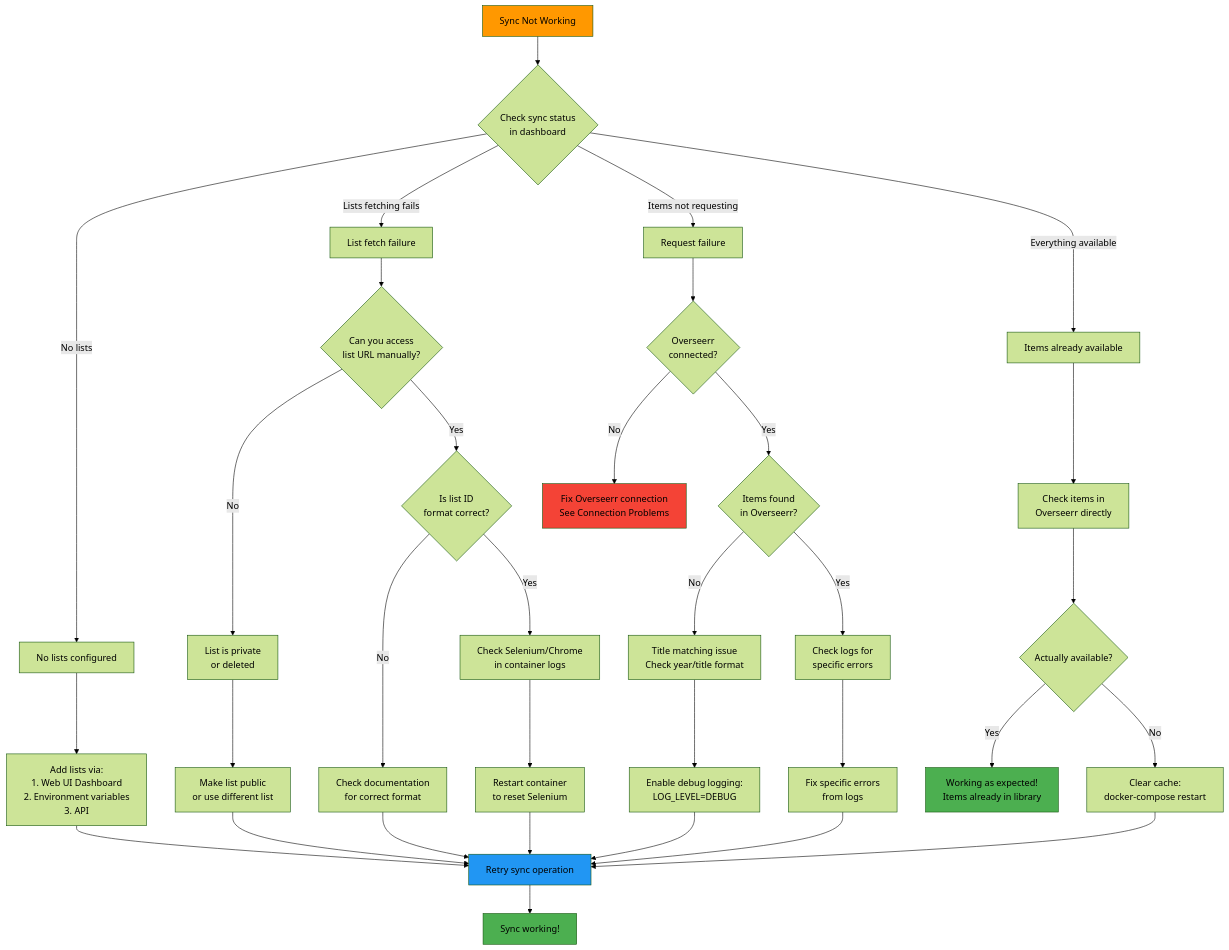
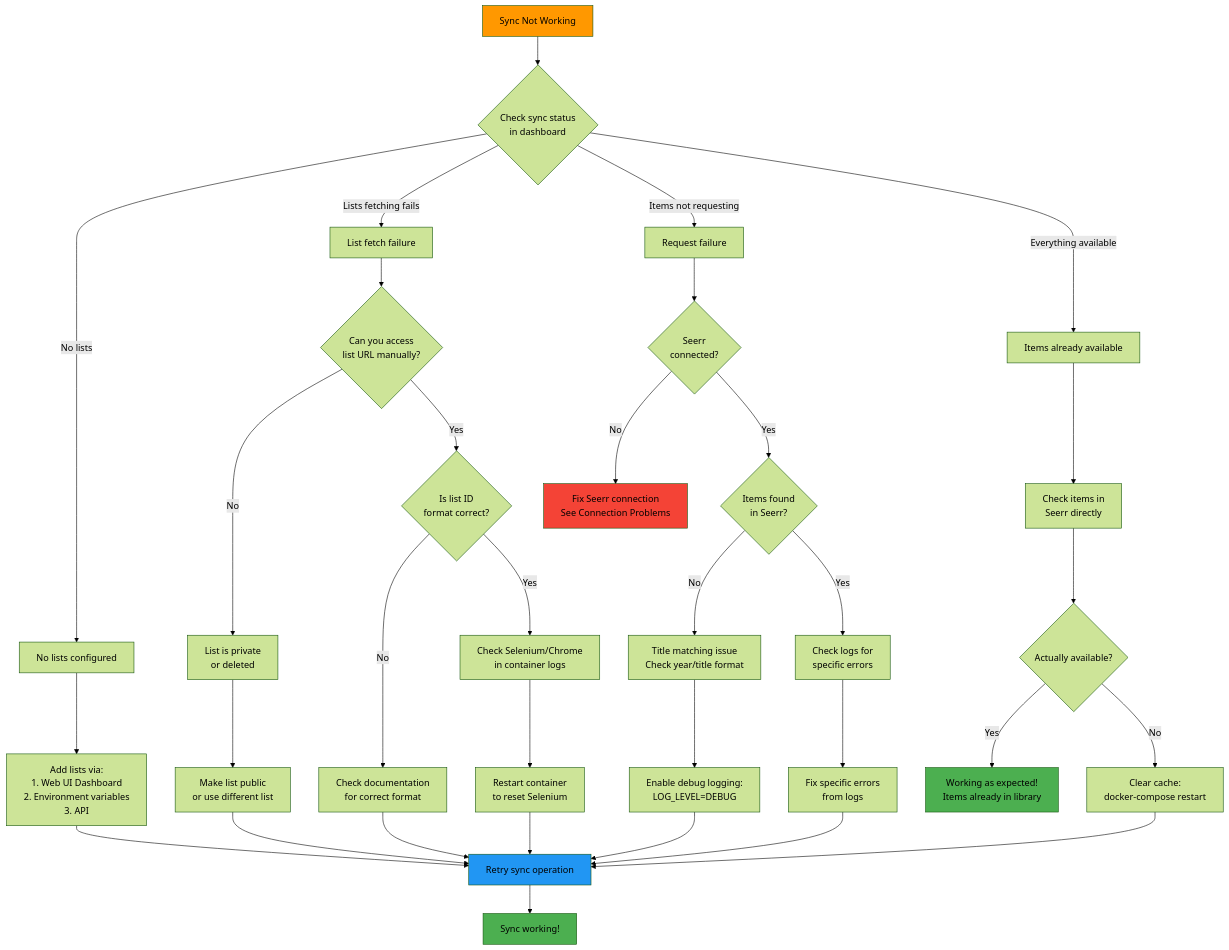
The third of 4 diagrams in docs/troubleshooting.md (KaHooli/list-sync), drawn with Mermaid (forest theme) before and after one commit. The commit also changed other lines of this file and 74 other files, not shown here.

````diff
--- a/docs/troubleshooting.md
+++ b/docs/troubleshooting.md
@@ -308,48 +308,48 @@
 ```mermaid
 flowchart TD
     Start[Sync Not Working] --> CheckStatus{Check sync status<br/>in dashboard}
     
     CheckStatus -->|No lists| NoLists[No lists configured]
     CheckStatus -->|Lists fetching fails| FetchFail[List fetch failure]
     CheckStatus -->|Items not requesting| RequestFail[Request failure]
     CheckStatus -->|Everything available| AlreadyAvail[Items already available]
     
     NoLists --> AddLists[Add lists via:<br/>1. Web UI Dashboard<br/>2. Environment variables<br/>3. API]
     
     FetchFail --> CheckAccess{Can you access<br/>list URL manually?}
     CheckAccess -->|No| ListPrivate[List is private<br/>or deleted]
     CheckAccess -->|Yes| CheckFormat{Is list ID<br/>format correct?}
     CheckFormat -->|No| FixFormat[Check documentation<br/>for correct format]
     CheckFormat -->|Yes| CheckSelenium[Check Selenium/Chrome<br/>in container logs]
     
-    RequestFail --> CheckOverseerr{Overseerr<br/>connected?}
-    CheckOverseerr -->|No| FixOverseerr[Fix Overseerr connection<br/>See Connection Problems]
-    CheckOverseerr -->|Yes| CheckMatching{Items found<br/>in Overseerr?}
+    RequestFail --> CheckOverseerr{Seerr<br/>connected?}
+    CheckOverseerr -->|No| FixOverseerr[Fix Seerr connection<br/>See Connection Problems]
+    CheckOverseerr -->|Yes| CheckMatching{Items found<br/>in Seerr?}
     CheckMatching -->|No| MatchingIssue[Title matching issue<br/>Check year/title format]
     CheckMatching -->|Yes| CheckLogs[Check logs for<br/>specific errors]
     
-    AlreadyAvail --> VerifyOverseerr[Check items in<br/>Overseerr directly]
+    AlreadyAvail --> VerifyOverseerr[Check items in<br/>Seerr directly]
     VerifyOverseerr --> TrueAvail{Actually available?}
     TrueAvail -->|Yes| Working[Working as expected!<br/>Items already in library]
     TrueAvail -->|No| ClearCache[Clear cache:<br/>docker-compose restart]
     
     ListPrivate --> MakePublic[Make list public<br/>or use different list]
     FixFormat --> RetrySync[Retry sync operation]
     CheckSelenium --> RestartContainer[Restart container<br/>to reset Selenium]
     MatchingIssue --> EnableDebug[Enable debug logging:<br/>LOG_LEVEL=DEBUG]
     CheckLogs --> FixIssues[Fix specific errors<br/>from logs]
     ClearCache --> RetrySync
     
     AddLists --> RetrySync
     MakePublic --> RetrySync
     RestartContainer --> RetrySync
     EnableDebug --> RetrySync
     FixIssues --> RetrySync
     RetrySync --> Success[Sync working!]
     
     style Start fill:#FF9800
     style Success fill:#4CAF50
     style Working fill:#4CAF50
     style RetrySync fill:#2196F3
     style FixOverseerr fill:#f44336
 ```
````
